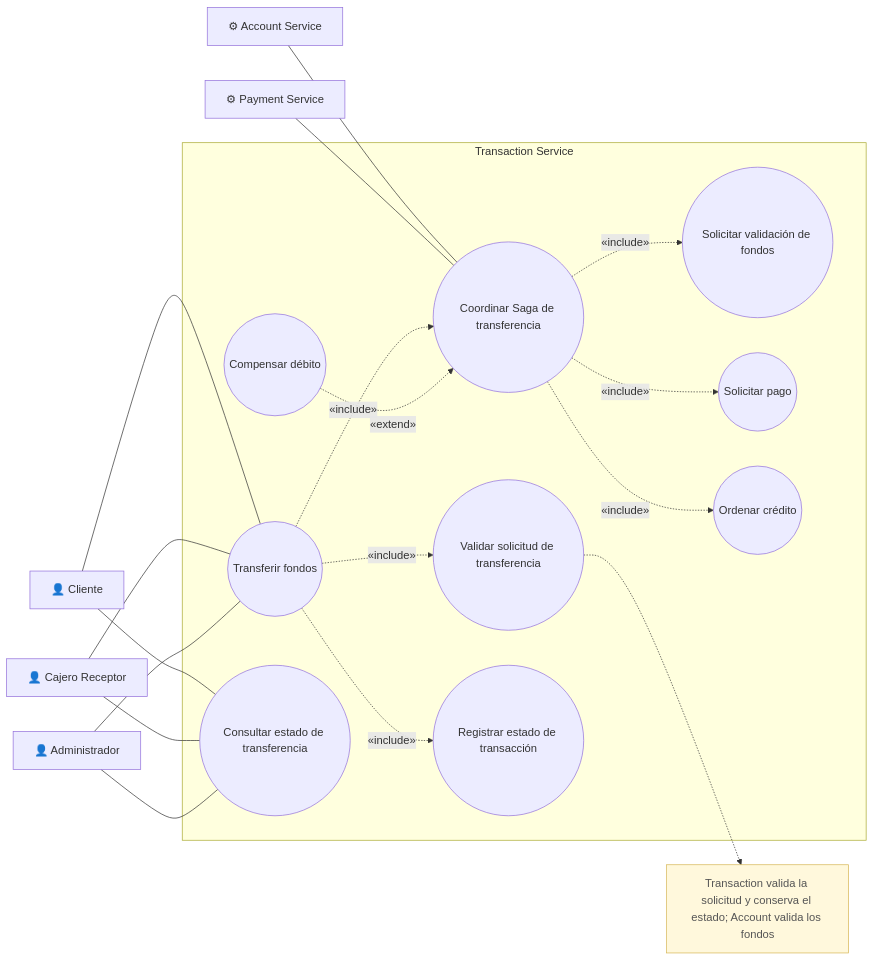
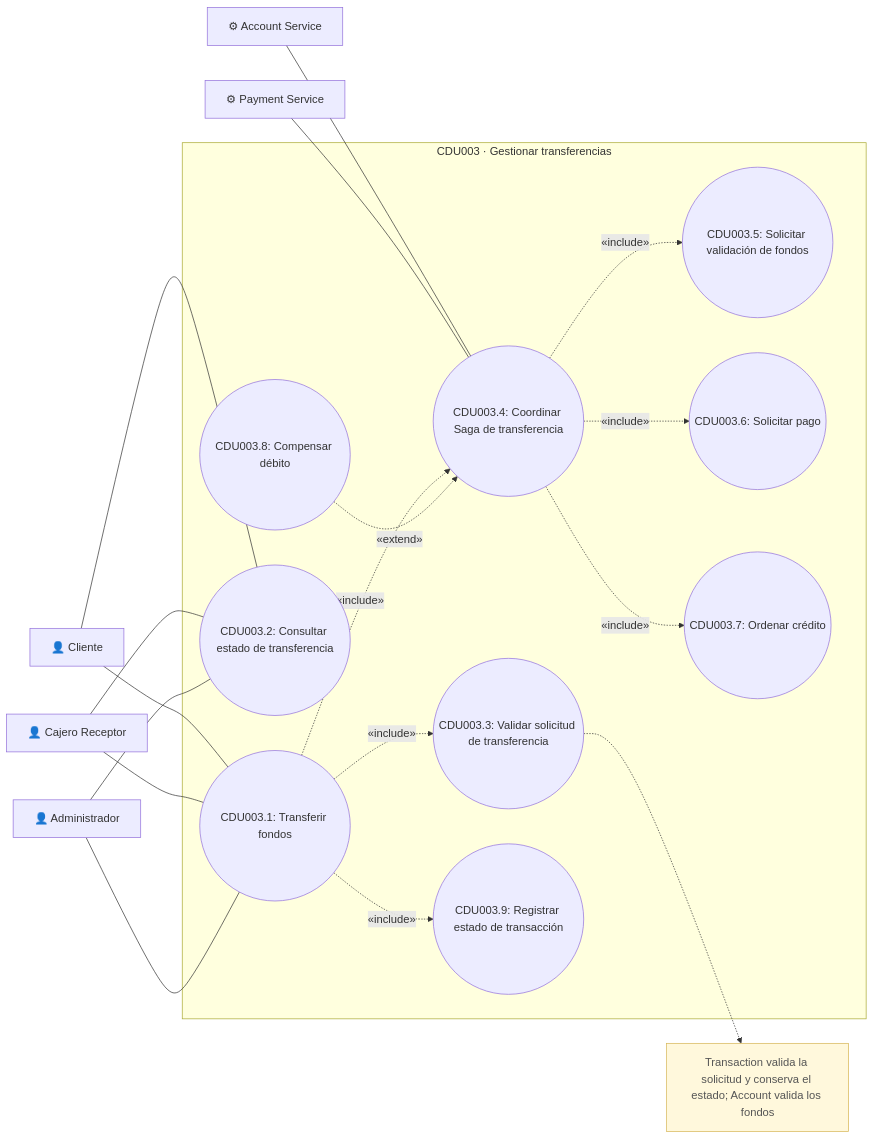
One commit to marcosbondel/Proyecto-SA-B-2 changed the diagram in docs/architecture/diagrams/cdu/transaction/transaction-casos-de-uso.mmd. Above: the diagram before and after it, drawn with Mermaid. The commit also changed 62 other files, not shown here.

Commit message:
Reorganize CDU diagrams by numbered use cases

```diff
--- a/docs/architecture/diagrams/cdu/transaction/transaction-casos-de-uso.mmd
+++ b/docs/architecture/diagrams/cdu/transaction/transaction-casos-de-uso.mmd
@@ -1,40 +1,40 @@
 flowchart LR
     client["👤 Cliente"]
     teller["👤 Cajero Receptor"]
     admin["👤 Administrador"]
     accountService["⚙ Account Service"]
     paymentService["⚙ Payment Service"]
 
-    subgraph transaction["Transaction Service"]
-        transfer(("Transferir fondos"))
-        validate(("Validar solicitud de transferencia"))
-        saga(("Coordinar Saga de transferencia"))
-        requestFunds(("Solicitar validación de fondos"))
-        requestPayment(("Solicitar pago"))
-        requestCredit(("Ordenar crédito"))
-        compensate(("Compensar débito"))
-        record(("Registrar estado de transacción"))
-        status(("Consultar estado de transferencia"))
+    subgraph transaction["CDU003 · Gestionar transferencias"]
+        transfer(("CDU003.1: Transferir fondos"))
+        status(("CDU003.2: Consultar estado de transferencia"))
+        validate(("CDU003.3: Validar solicitud de transferencia"))
+        saga(("CDU003.4: Coordinar Saga de transferencia"))
+        requestFunds(("CDU003.5: Solicitar validación de fondos"))
+        requestPayment(("CDU003.6: Solicitar pago"))
+        requestCredit(("CDU003.7: Ordenar crédito"))
+        compensate(("CDU003.8: Compensar débito"))
+        record(("CDU003.9: Registrar estado de transacción"))
     end
 
     client --- transfer
     client --- status
     teller --- transfer
     teller --- status
     admin --- transfer
     admin --- status
     accountService --- saga
     paymentService --- saga
 
     transfer -. "«include»" .-> validate
     transfer -. "«include»" .-> saga
     transfer -. "«include»" .-> record
     saga -. "«include»" .-> requestFunds
     saga -. "«include»" .-> requestPayment
     saga -. "«include»" .-> requestCredit
     compensate -. "«extend»" .-> saga
 
     note["Transaction valida la solicitud y conserva el estado; Account valida los fondos"]:::note
     validate -.-> note
 
     classDef note fill:#FFF8DC,stroke:#D6B656,color:#555555;
```
